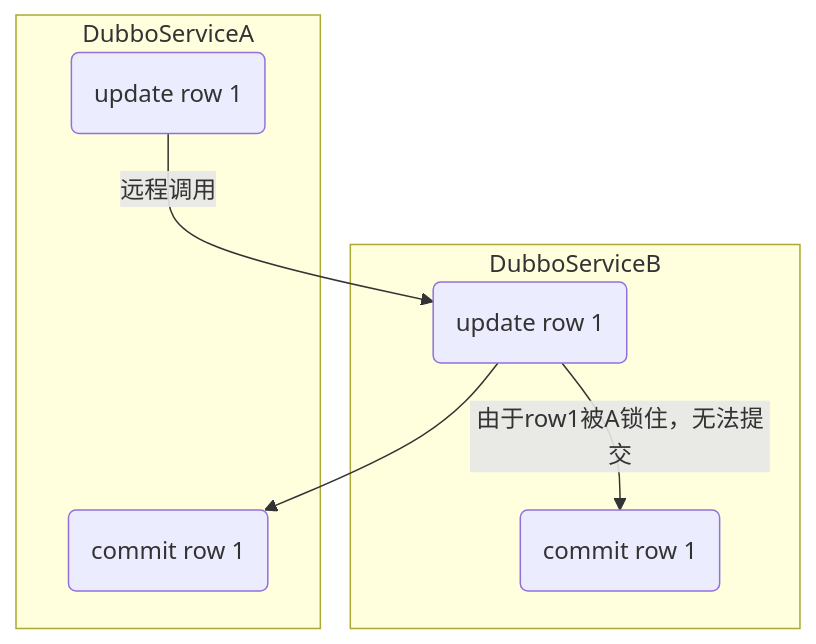
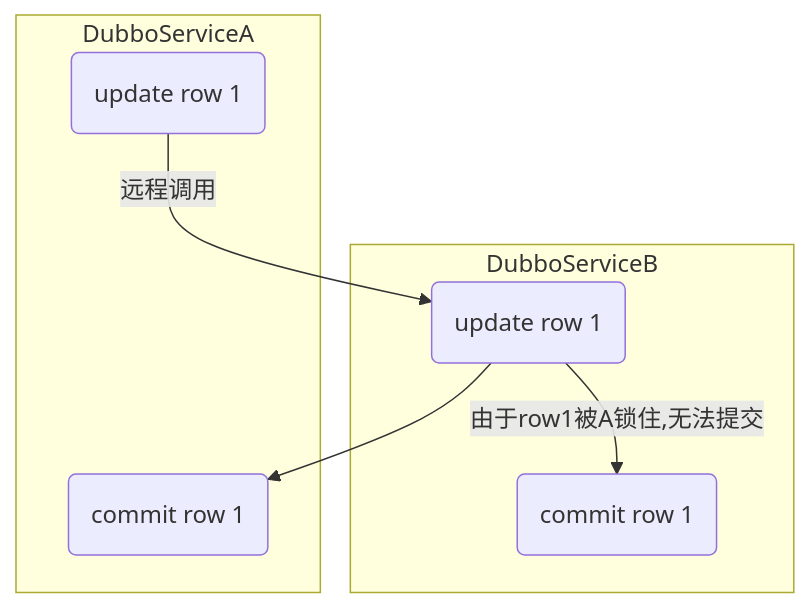
One commit to zhudongdong/docs changed the diagram in dubbo/服务治理问题案例.md. Above: the diagram before and after it, drawn with Mermaid. The commit also changed other lines of this file, not shown here.

Commit message:
Uploaded by https://stackedit.io/

````diff
--- a/dubbo/服务治理问题案例.md
+++ b/dubbo/服务治理问题案例.md
@@ -3,16 +3,16 @@
 ```mermaid
 graph TB
 
 subgraph DubboServiceB
 c(update row 1)
 d(commit row 1)
 end
 subgraph DubboServiceA
 a(update row 1)
 b(commit row 1)
 
 a --远程调用--> c
 c --> b
-c --由于row1被A锁住，无法提交--> d
+c --由于row1被A锁住,无法提交--> d
 end
 ```
````
